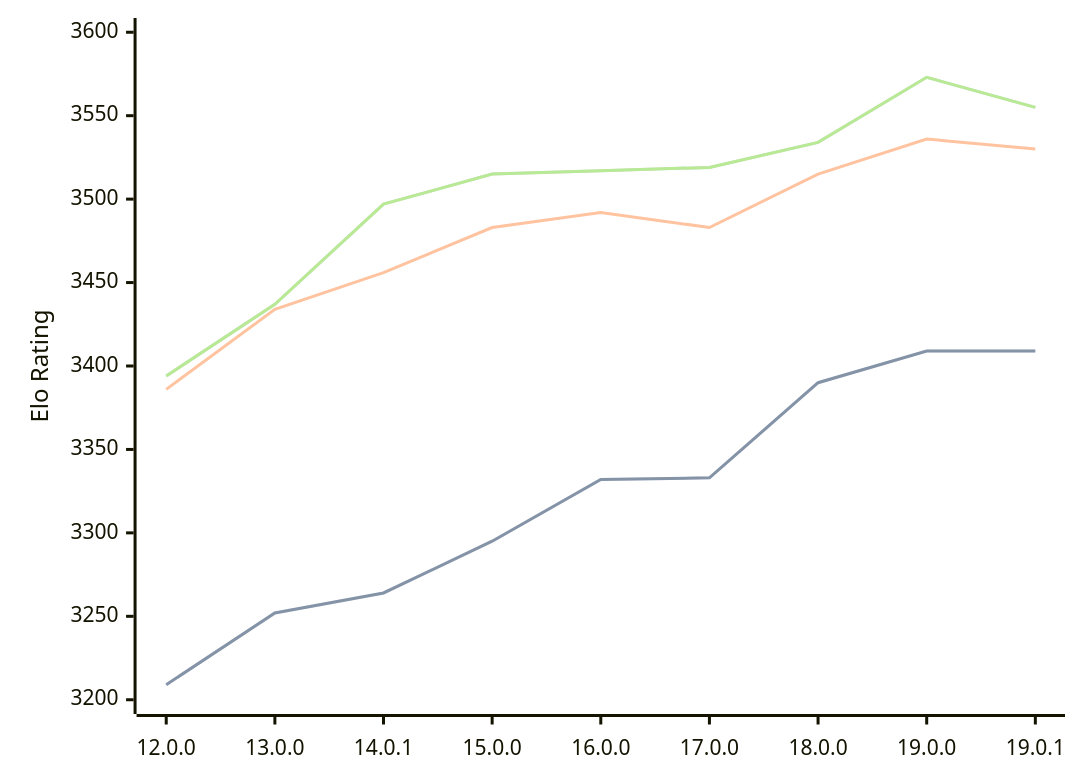
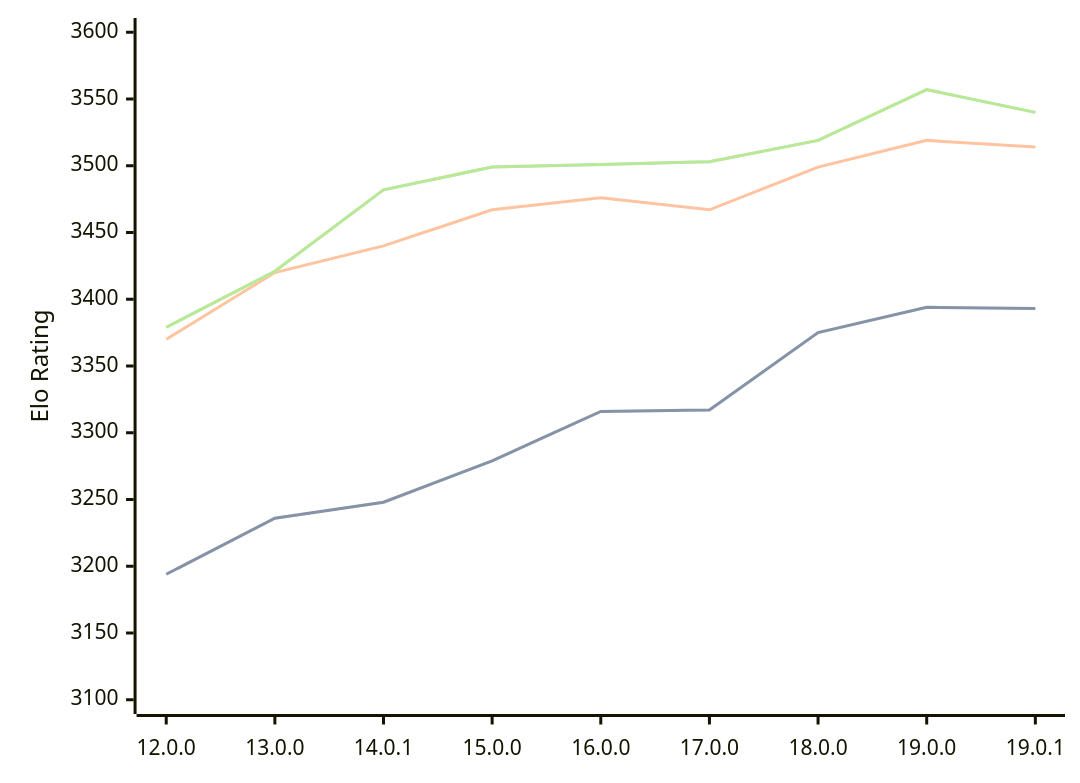
One commit to computer-chess-index/cci changed the diagram in engines/Viridithas.md. Above: the diagram before and after it, drawn with Mermaid. The commit also changed other lines of this file, not shown here.

Commit message:
Update CCI Ratings (ELO VLTC) - 2026-05-21

````diff
--- a/engines/Viridithas.md
+++ b/engines/Viridithas.md
@@ -63,11 +63,11 @@
 ```mermaid
 %%{init: {"theme":"base","themeVariables":{"seriesColors:['#a3a3a3','#222221','#faa371']}}}%%
 xychart-beta
   x-axis ["12.0.0", "13.0.0", "14.0.1", "15.0.0", "16.0.0", "17.0.0", "18.0.0", "19.0.0", "19.0.1"]
-  y-axis "Elo Rating" 3200 --> 3600
-  line "STC (8.0+0.08s)" [3209, 3252, 3264, 3295, 3332, 3333, 3390, 3409, 3409]
-  line "STC (8.0+0.08s)" [3209, 3252, 3264, 3295, 3332, 3333, 3390, 3409, 3409]
-  line "LTC (60.0+0.60s)" [3386, 3434, 3456, 3483, 3492, 3483, 3515, 3536, 3530]
-  line "VLTC (2m24s+1.12s)" [3394, 3437, 3497, 3515, 3517, 3519, 3534, 3573, 3555]
-  line "VLTC (2m24s+1.12s)" [3394, 3437, 3497, 3515, 3517, 3519, 3534, 3573, 3555]
+  y-axis "Elo Rating" 3100 --> 3600
+  line "STC (8.0+0.08s)" [3194, 3236, 3248, 3279, 3316, 3317, 3375, 3394, 3393]
+  line "STC (8.0+0.08s)" [3194, 3236, 3248, 3279, 3316, 3317, 3375, 3394, 3393]
+  line "LTC (60.0+0.60s)" [3370, 3420, 3440, 3467, 3476, 3467, 3499, 3519, 3514]
+  line "VLTC (2m24s+1.12s)" [3379, 3421, 3482, 3499, 3501, 3503, 3519, 3557, 3540]
+  line "VLTC (2m24s+1.12s)" [3379, 3421, 3482, 3499, 3501, 3503, 3519, 3557, 3540]
 ```
````
